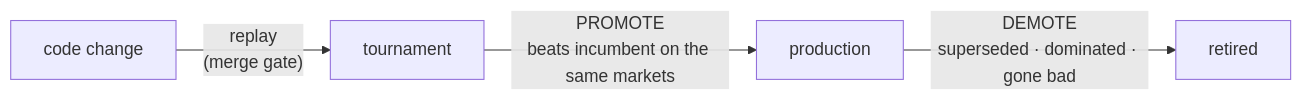
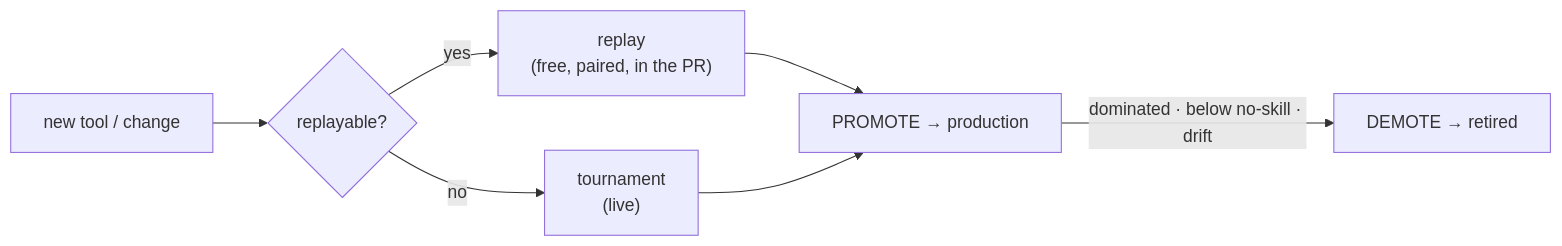
Before and after one commit to valory-xyz/mech-predict: the diagram in benchmark/PROMOTE_DEMOTE_POLICY.md, drawn with Mermaid. The commit also changed other lines of this file, not shown here.

First line of the commit message:
docs(benchmark): reshape promote/demote policy (replay-routing, edge metric, relevant-set)

````diff
--- a/benchmark/PROMOTE_DEMOTE_POLICY.md
+++ b/benchmark/PROMOTE_DEMOTE_POLICY.md
@@ -52,6 +69,9 @@
 ```mermaid
 flowchart LR
-    code["code change"] -->|"replay<br/>(merge gate)"| tour["tournament"]
-    tour -->|"PROMOTE<br/>beats incumbent on the same markets"| prod["production"]
-    prod -->|"DEMOTE<br/>superseded · dominated · gone bad"| ret["retired"]
+    chg["new tool / change"] --> Q{replayable?}
+    Q -->|yes| rep["replay<br/>(free, paired, in the PR)"]
+    Q -->|no| tour["tournament<br/>(live)"]
+    rep --> prom["PROMOTE → production"]
+    tour --> prom
+    prom -->|"dominated · below no-skill · drift"| dem["DEMOTE → retired"]
 ```
````
